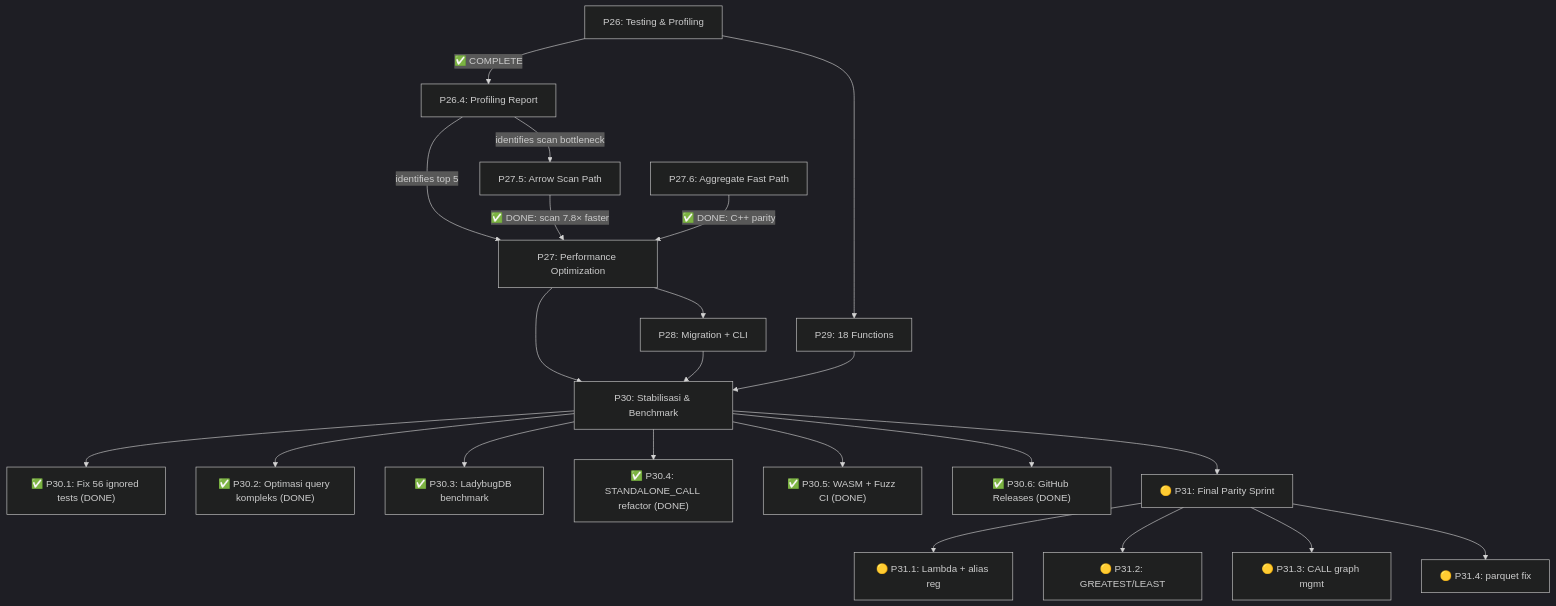
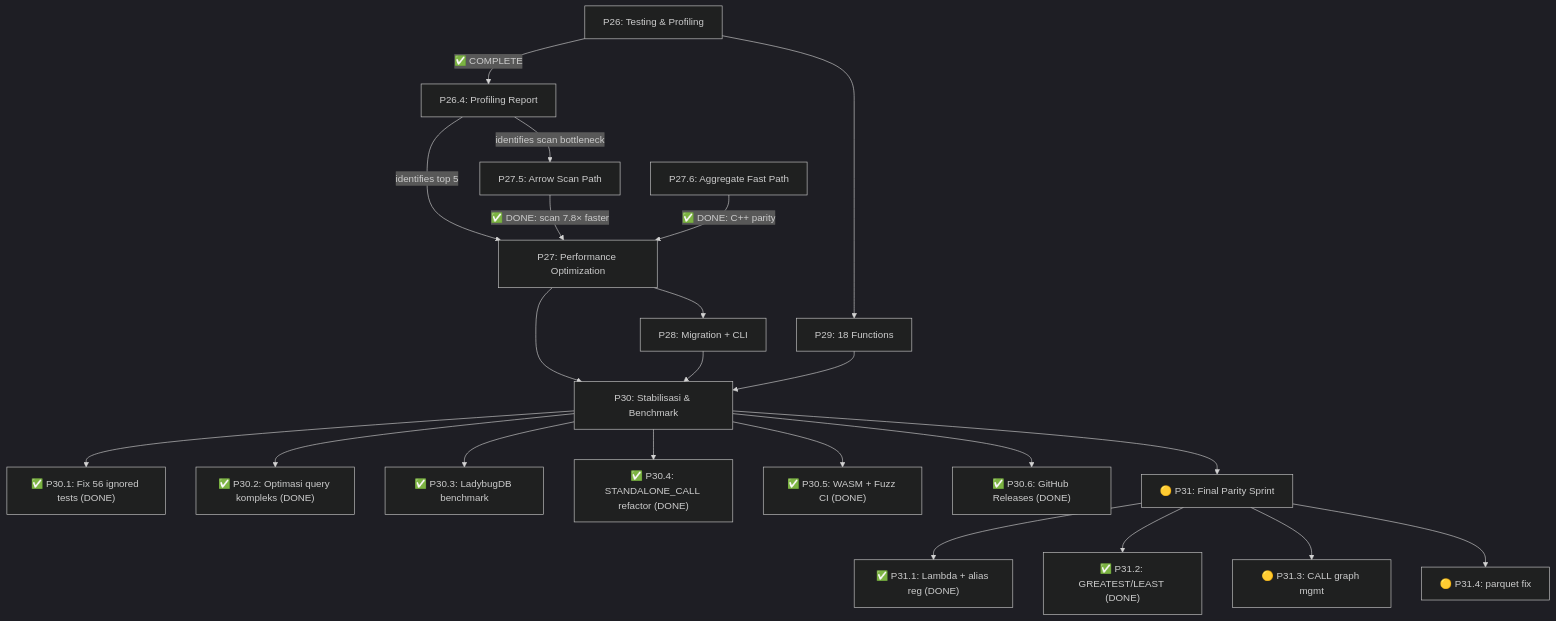
Before and after one commit to mlengse/akar: the diagram in kuzu-core/implementation_plan.md, drawn with Mermaid (dark theme). The commit also changed other lines of this file, not shown here.

````diff
--- a/kuzu-core/implementation_plan.md
+++ b/kuzu-core/implementation_plan.md
@@ -538,24 +542,24 @@
 ```mermaid
 graph TD
     P26["P26: Testing & Profiling"] -->|✅ COMPLETE| P26_4["P26.4: Profiling Report"]
     P26_4 -->|identifies scan bottleneck| P27_5["P27.5: Arrow Scan Path"]
     P26_4 -->|identifies top 5| P27["P27: Performance Optimization"]
     P27_5 -->|✅ DONE: scan 7.8× faster| P27
     P27_6["P27.6: Aggregate Fast Path"] -->|✅ DONE: C++ parity| P27
     P27 --> P28["P28: Migration + CLI"]
     P26 --> P29["P29: 18 Functions"]
     P27 --> P30["P30: Stabilisasi & Benchmark"]
     P28 --> P30
     P29 --> P30
     P30 --> P30_1["✅ P30.1: Fix 56 ignored tests (DONE)"]
     P30 --> P30_2["✅ P30.2: Optimasi query kompleks (DONE)"]
     P30 --> P30_3["✅ P30.3: LadybugDB benchmark"]
     P30 --> P30_4["✅ P30.4: STANDALONE_CALL refactor (DONE)"]
     P30 --> P30_5["✅ P30.5: WASM + Fuzz CI (DONE)"]
     P30 --> P30_6["✅ P30.6: GitHub Releases (DONE)"]
     P30 --> P31["🟡 P31: Final Parity Sprint"]
-    P31 --> P31_1["🟡 P31.1: Lambda + alias reg"]
-    P31 --> P31_2["🟡 P31.2: GREATEST/LEAST"]
+    P31 --> P31_1["✅ P31.1: Lambda + alias reg (DONE)"]
+    P31 --> P31_2["✅ P31.2: GREATEST/LEAST (DONE)"]
     P31 --> P31_3["🟡 P31.3: CALL graph mgmt"]
     P31 --> P31_4["🟡 P31.4: parquet fix"]
 ```
````
